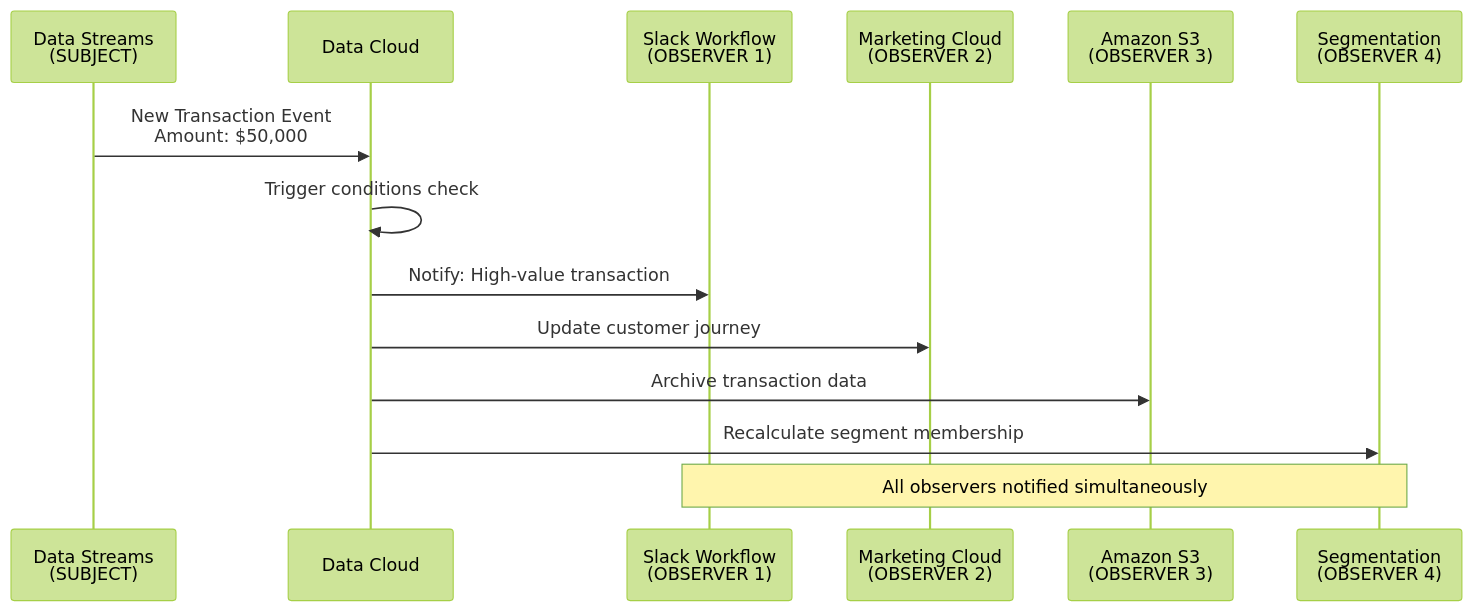
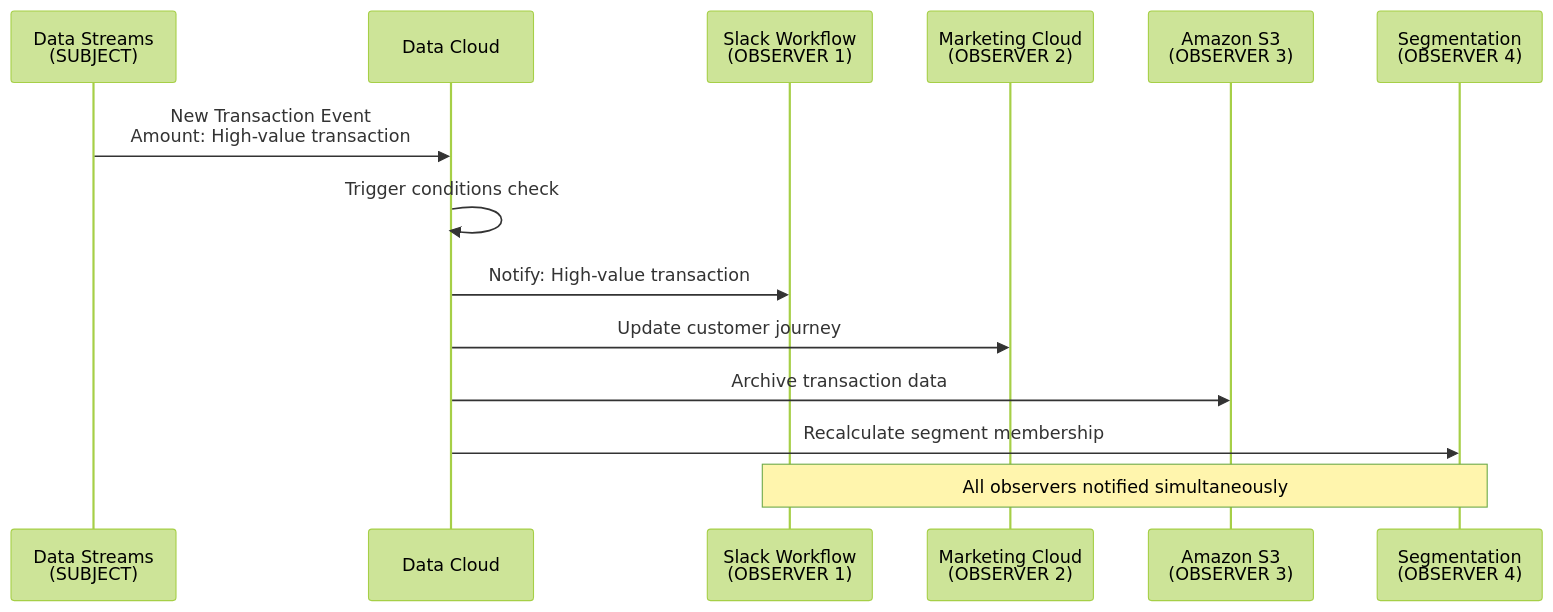
Before and after one commit to arupsarkar-sfdc/Misc: the eighth of 20 diagrams in README_DataCloud_Patterns_Data_Examples.md, drawn with Mermaid (forest theme). The commit also changed other lines of this file and 1 other file, not shown here.

````diff
--- a/README_DataCloud_Patterns_Data_Examples.md
+++ b/README_DataCloud_Patterns_Data_Examples.md
@@ -617,20 +1686,20 @@
 ```mermaid
 sequenceDiagram
     participant DS as Data Streams<br/>(SUBJECT)
     participant DC as Data Cloud
     participant Slack as Slack Workflow<br/>(OBSERVER 1)
     participant MC as Marketing Cloud<br/>(OBSERVER 2)
     participant S3 as Amazon S3<br/>(OBSERVER 3)
     participant Seg as Segmentation<br/>(OBSERVER 4)
 
-    DS->>DC: New Transaction Event<br/>Amount: $50,000
+    DS->>DC: New Transaction Event<br/>Amount: High-value transaction
     
     DC->>DC: Trigger conditions check
     
     DC->>Slack: Notify: High-value transaction
     DC->>MC: Update customer journey
     DC->>S3: Archive transaction data
     DC->>Seg: Recalculate segment membership
     
     Note over Slack,Seg: All observers notified simultaneously
 ```
````
